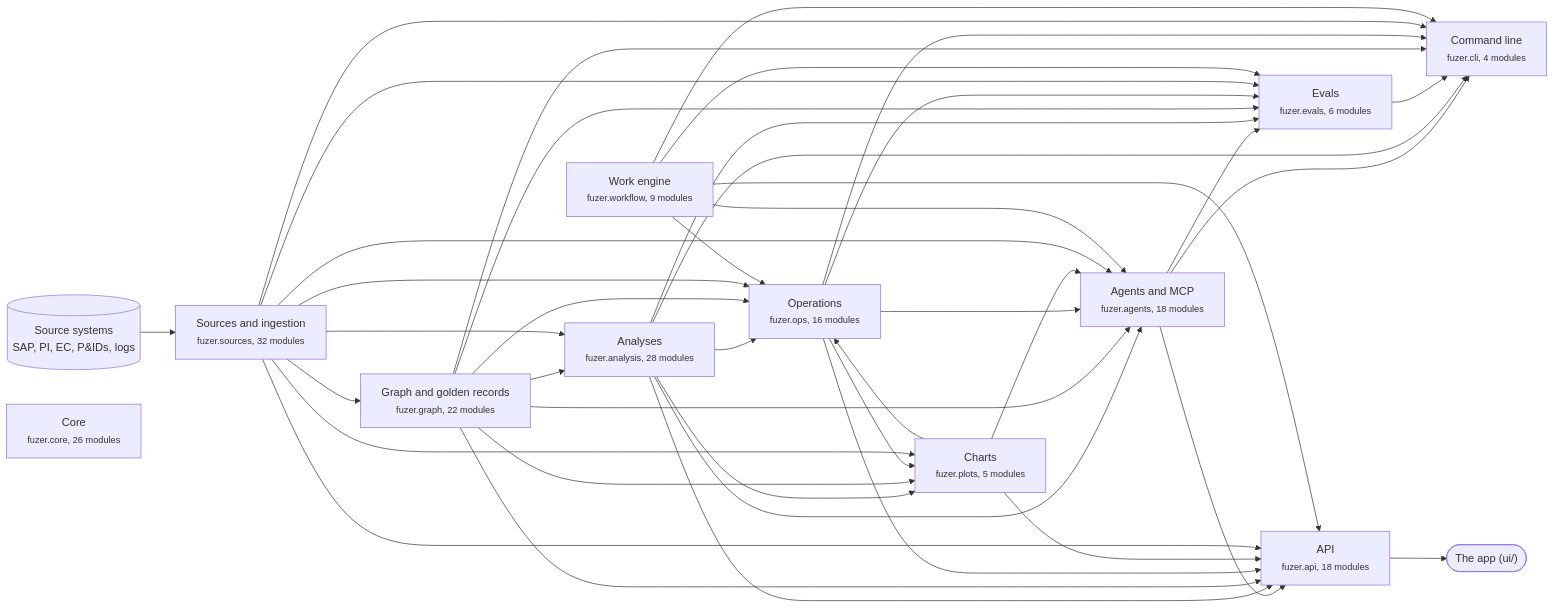
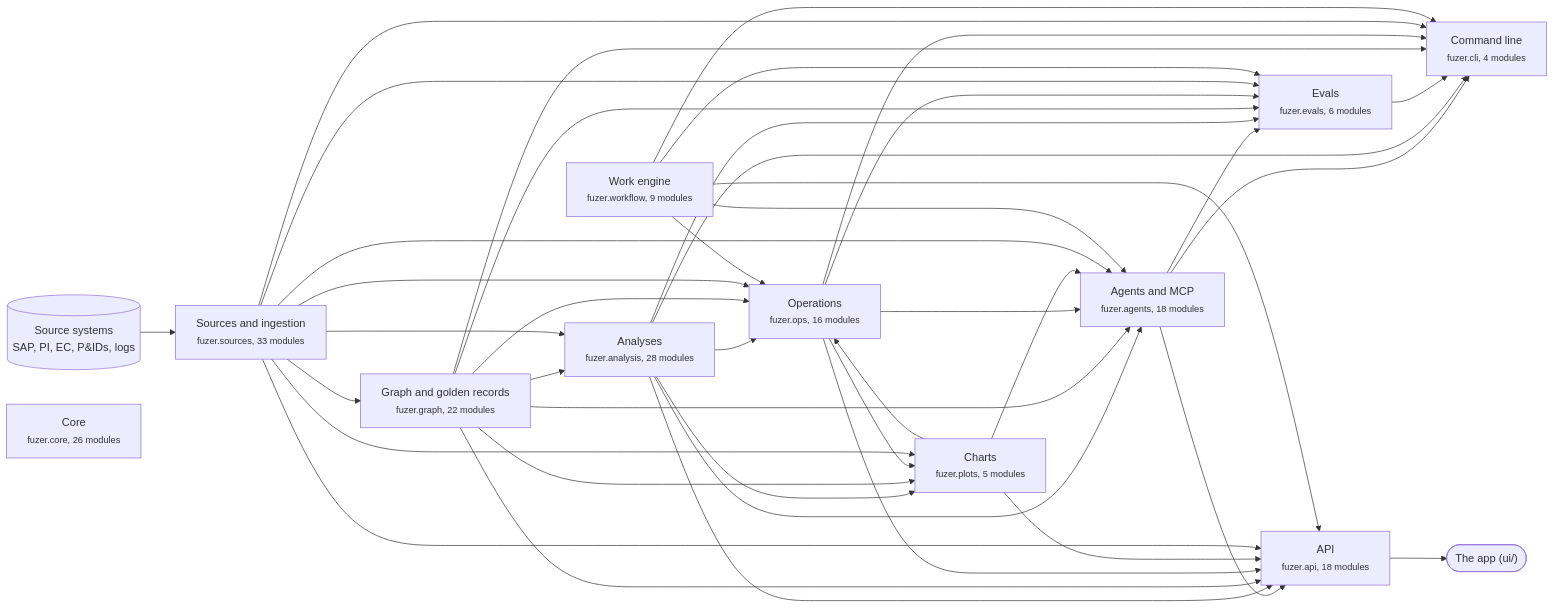
The first of 3 diagrams in docs/architecture.md (areed145/fuzer), drawn with Mermaid before and after one commit. The commit also changed other lines of this file and 7 other files, not shown here.

````diff
--- a/docs/architecture.md
+++ b/docs/architecture.md
@@ -8,66 +8,66 @@
 ```mermaid
 flowchart LR
   systems[("Source systems<br>SAP, PI, EC, P&IDs, logs")] --> c_sources
   app(["The app (ui/)"])
   c_api --> app
-  c_sources["Sources and ingestion<br><small>fuzer.sources, 32 modules</small>"]
+  c_sources["Sources and ingestion<br><small>fuzer.sources, 33 modules</small>"]
   c_graph["Graph and golden records<br><small>fuzer.graph, 22 modules</small>"]
   c_analysis["Analyses<br><small>fuzer.analysis, 28 modules</small>"]
   c_ops["Operations<br><small>fuzer.ops, 16 modules</small>"]
   c_plots["Charts<br><small>fuzer.plots, 5 modules</small>"]
   c_workflow["Work engine<br><small>fuzer.workflow, 9 modules</small>"]
   c_agents["Agents and MCP<br><small>fuzer.agents, 18 modules</small>"]
   c_evals["Evals<br><small>fuzer.evals, 6 modules</small>"]
   c_api["API<br><small>fuzer.api, 18 modules</small>"]
   c_cli["Command line<br><small>fuzer.cli, 4 modules</small>"]
   c_core["Core<br><small>fuzer.core, 26 modules</small>"]
   c_sources --> c_graph
   c_graph --> c_analysis
   c_sources --> c_analysis
   c_analysis --> c_ops
   c_graph --> c_ops
   c_plots --> c_ops
   c_sources --> c_ops
   c_workflow --> c_ops
   c_analysis --> c_plots
   c_graph --> c_plots
   c_ops --> c_plots
   c_sources --> c_plots
   c_analysis --> c_agents
   c_graph --> c_agents
   c_ops --> c_agents
   c_plots --> c_agents
   c_sources --> c_agents
   c_workflow --> c_agents
   c_agents --> c_evals
   c_analysis --> c_evals
   c_graph --> c_evals
   c_ops --> c_evals
   c_sources --> c_evals
   c_workflow --> c_evals
   c_agents --> c_api
   c_analysis --> c_api
   c_graph --> c_api
   c_ops --> c_api
   c_plots --> c_api
   c_sources --> c_api
   c_workflow --> c_api
   c_agents --> c_cli
   c_analysis --> c_cli
   c_evals --> c_cli
   c_graph --> c_cli
   c_ops --> c_cli
   c_sources --> c_cli
   c_workflow --> c_cli
   click c_sources "https://github.com/areed145/fuzer/tree/main/src/fuzer/sources"
   click c_graph "https://github.com/areed145/fuzer/tree/main/src/fuzer/graph"
   click c_analysis "https://github.com/areed145/fuzer/tree/main/src/fuzer/analysis"
   click c_ops "https://github.com/areed145/fuzer/tree/main/src/fuzer/ops"
   click c_plots "https://github.com/areed145/fuzer/tree/main/src/fuzer/plots"
   click c_workflow "https://github.com/areed145/fuzer/tree/main/src/fuzer/workflow"
   click c_agents "https://github.com/areed145/fuzer/tree/main/src/fuzer/agents"
   click c_evals "https://github.com/areed145/fuzer/tree/main/src/fuzer/evals"
   click c_api "https://github.com/areed145/fuzer/tree/main/src/fuzer/api"
   click c_cli "https://github.com/areed145/fuzer/tree/main/src/fuzer/cli"
   click c_core "https://github.com/areed145/fuzer/tree/main/src/fuzer/core"
 ```
````
